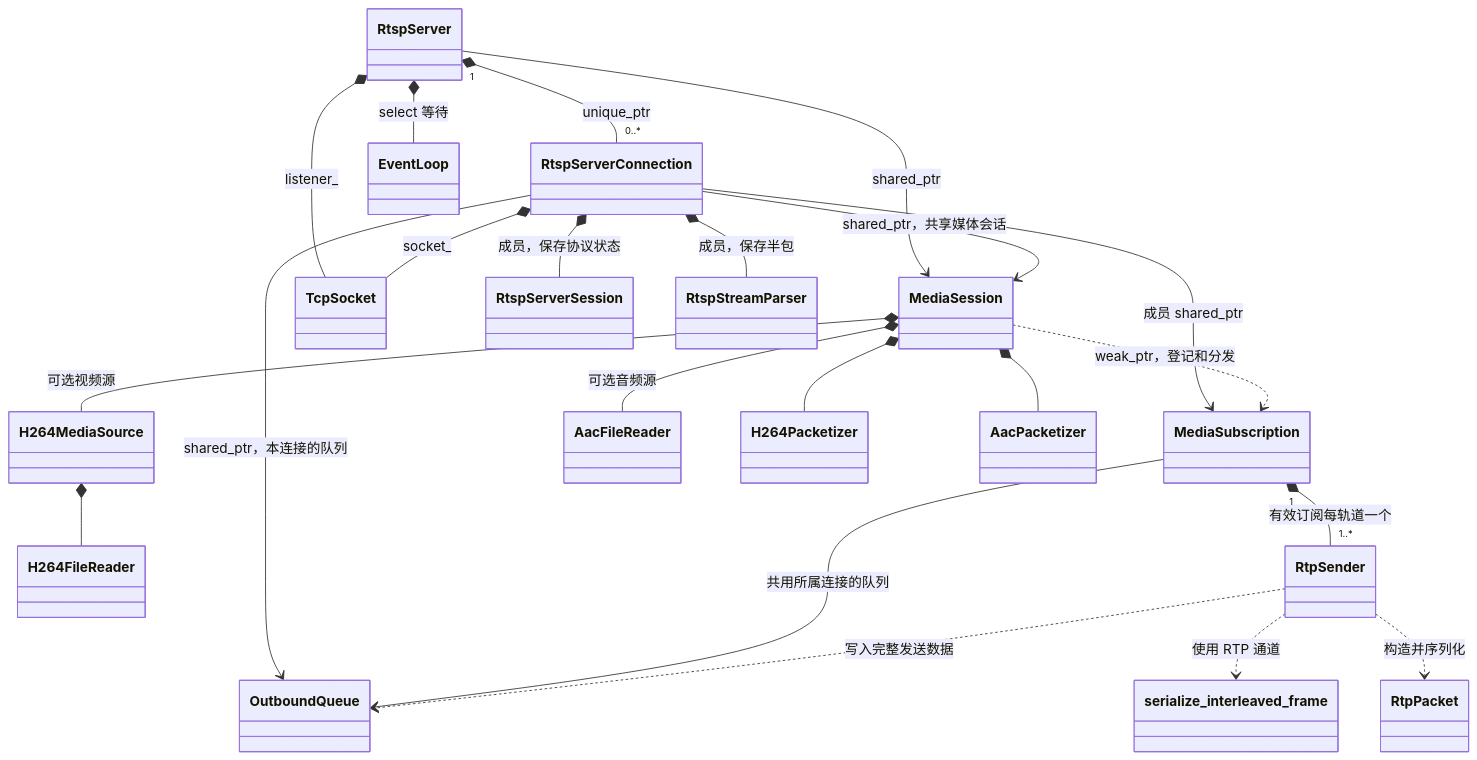
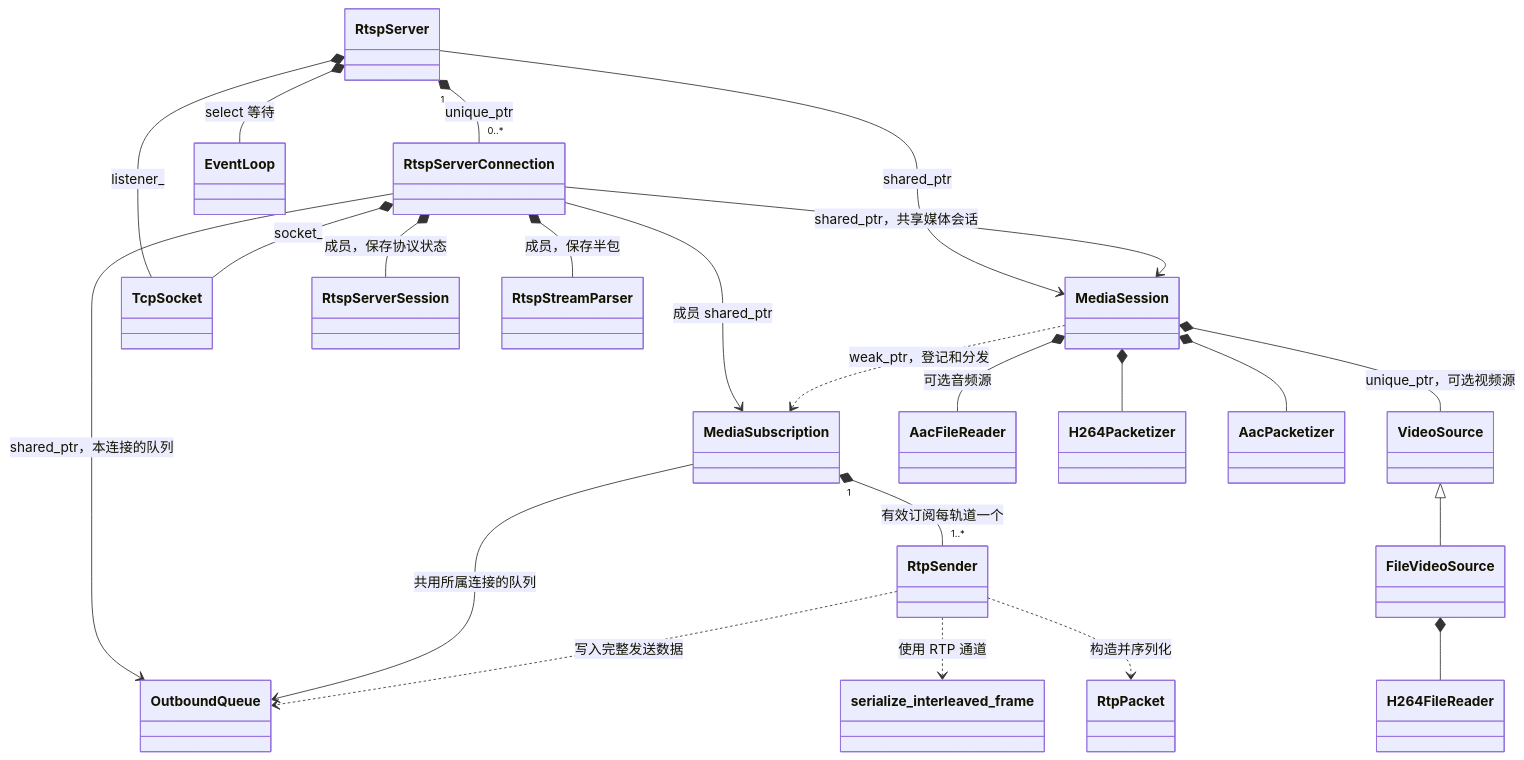
One commit to 18828644614/rtsp_cpp changed the first of 4 diagrams in 项目类职责与关系.md. Above: the diagram before and after it, drawn with Mermaid. The commit also changed other lines of this file and 15 other files, not shown here.

````diff
--- a/项目类职责与关系.md
+++ b/项目类职责与关系.md
@@ -30,27 +30,28 @@
 ```mermaid
 classDiagram
     RtspServer "1" *-- "0..*" RtspServerConnection : unique_ptr
     RtspServer --> MediaSession : shared_ptr
     RtspServer *-- TcpSocket : listener_
     RtspServer *-- EventLoop : select 等待
 
     RtspServerConnection --> MediaSession : shared_ptr，共享媒体会话
     RtspServerConnection *-- TcpSocket : socket_
     RtspServerConnection --> OutboundQueue : shared_ptr，本连接的队列
     RtspServerConnection *-- RtspServerSession : 成员，保存协议状态
     RtspServerConnection *-- RtspStreamParser : 成员，保存半包
     RtspServerConnection --> MediaSubscription : 成员 shared_ptr
 
     MediaSession ..> MediaSubscription : weak_ptr，登记和分发
-    MediaSession *-- H264MediaSource : 可选视频源
+    MediaSession *-- VideoSource : unique_ptr，可选视频源
     MediaSession *-- AacFileReader : 可选音频源
     MediaSession *-- H264Packetizer
     MediaSession *-- AacPacketizer
-    H264MediaSource *-- H264FileReader
+    VideoSource <|-- FileVideoSource
+    FileVideoSource *-- H264FileReader
 
     MediaSubscription --> OutboundQueue : 共用所属连接的队列
     MediaSubscription "1" *-- "1..*" RtpSender : 有效订阅每轨道一个
     RtpSender ..> serialize_interleaved_frame : 使用 RTP 通道
     RtpSender ..> RtpPacket : 构造并序列化
     RtpSender ..> OutboundQueue : 写入完整发送数据
 ```
````
